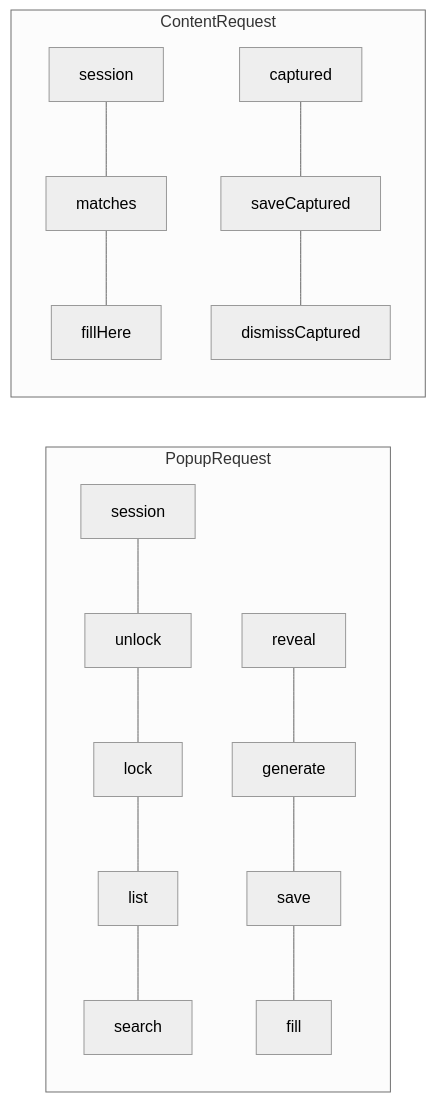
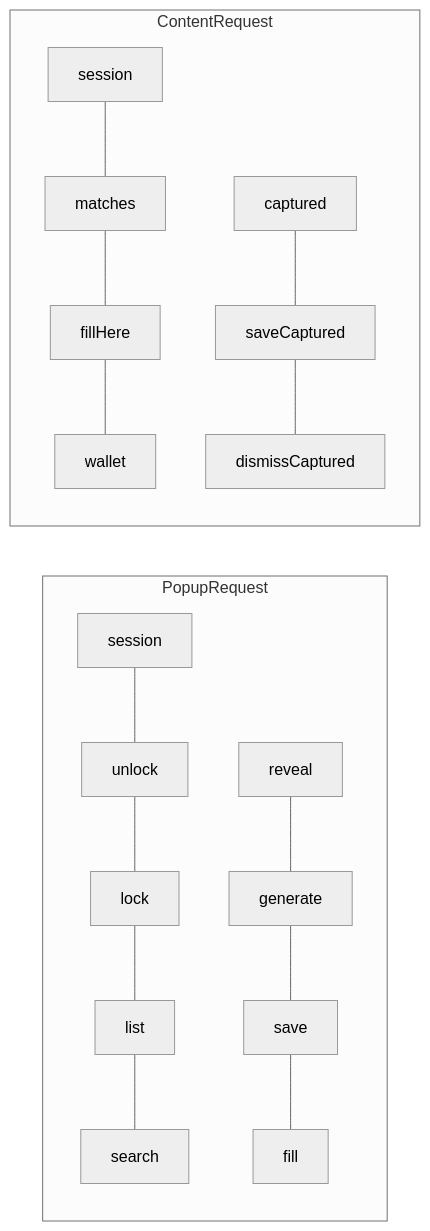
Diagram 11 of 20 in diagram.md (souravsspace/nopass), drawn with Mermaid (neutral theme) before and after one commit. The commit also changed other lines of this file, not shown here.

Commit message:
docs: bring the architecture map up to records, update and wallet fill

````diff
--- a/diagram.md
+++ b/diagram.md
@@ -396,11 +419,11 @@
 ```mermaid
 flowchart LR
     subgraph P ["PopupRequest"]
         p1[session] --- p2[unlock] --- p3[lock] --- p4[list] --- p5[search]
         p6[reveal] --- p7[generate] --- p8[save] --- p9[fill]
     end
     subgraph C ["ContentRequest"]
-        c1[session] --- c2[matches] --- c3[fillHere]
+        c1[session] --- c2[matches] --- c3[fillHere] --- c7[wallet]
         c4[captured] --- c5[saveCaptured] --- c6[dismissCaptured]
     end
 ```
````
